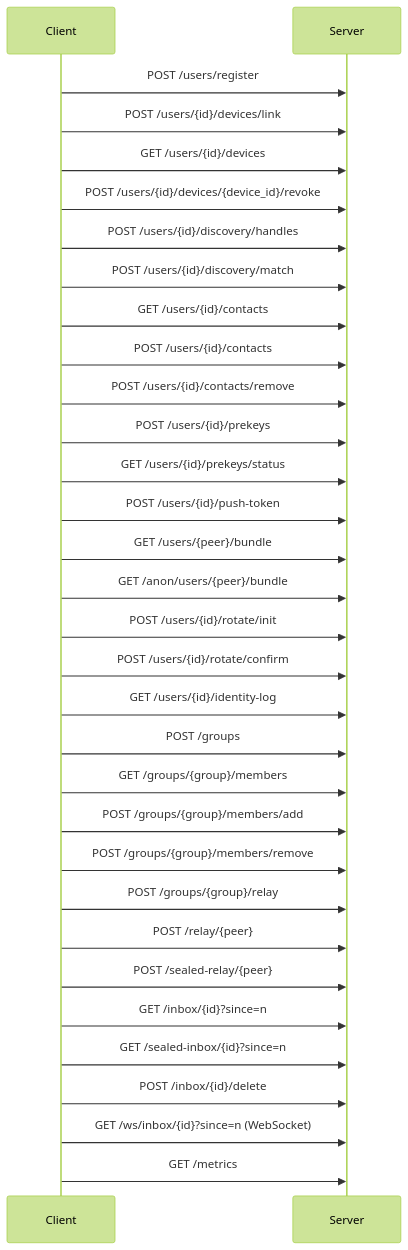
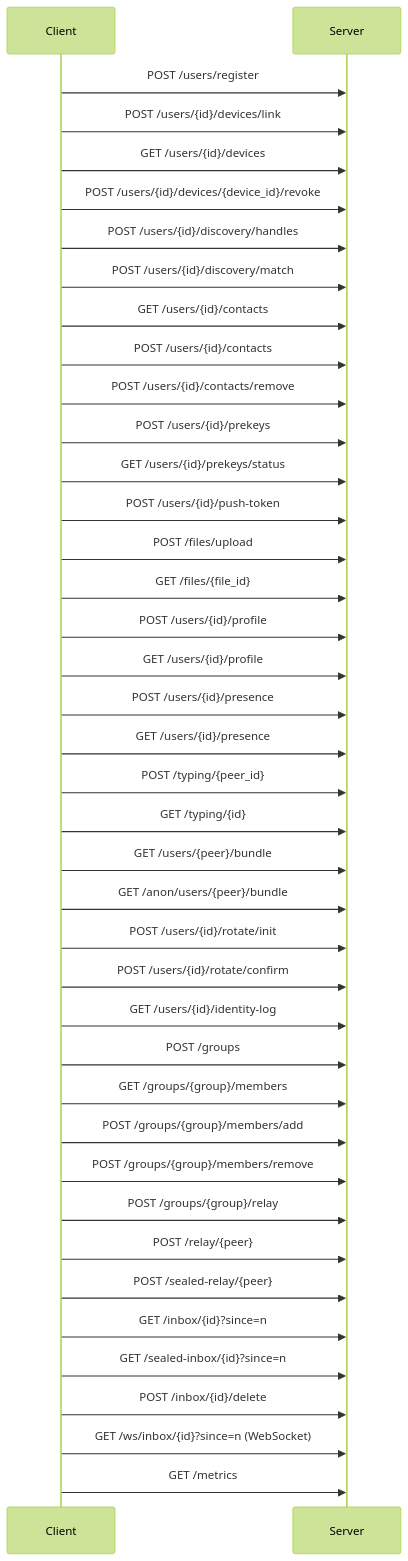
One commit to ErenAri/post-quantum-messaging-app changed the first of 2 diagrams in docs/API.md. Above: the diagram before and after it, drawn with Mermaid (forest theme). The commit also changed other lines of this file and 71 other files, not shown here.

````diff
--- a/docs/API.md
+++ b/docs/API.md
@@ -14,34 +14,42 @@
 ```mermaid
 sequenceDiagram
     participant C as Client
     participant S as Server
     C->>S: POST /users/register
     C->>S: POST /users/{id}/devices/link
     C->>S: GET /users/{id}/devices
     C->>S: POST /users/{id}/devices/{device_id}/revoke
     C->>S: POST /users/{id}/discovery/handles
     C->>S: POST /users/{id}/discovery/match
     C->>S: GET /users/{id}/contacts
     C->>S: POST /users/{id}/contacts
     C->>S: POST /users/{id}/contacts/remove
     C->>S: POST /users/{id}/prekeys
     C->>S: GET /users/{id}/prekeys/status
     C->>S: POST /users/{id}/push-token
+    C->>S: POST /files/upload
+    C->>S: GET /files/{file_id}
+    C->>S: POST /users/{id}/profile
+    C->>S: GET /users/{id}/profile
+    C->>S: POST /users/{id}/presence
+    C->>S: GET /users/{id}/presence
+    C->>S: POST /typing/{peer_id}
+    C->>S: GET /typing/{id}
     C->>S: GET /users/{peer}/bundle
     C->>S: GET /anon/users/{peer}/bundle
     C->>S: POST /users/{id}/rotate/init
     C->>S: POST /users/{id}/rotate/confirm
     C->>S: GET /users/{id}/identity-log
     C->>S: POST /groups
     C->>S: GET /groups/{group}/members
     C->>S: POST /groups/{group}/members/add
     C->>S: POST /groups/{group}/members/remove
     C->>S: POST /groups/{group}/relay
     C->>S: POST /relay/{peer}
     C->>S: POST /sealed-relay/{peer}
     C->>S: GET /inbox/{id}?since=n
     C->>S: GET /sealed-inbox/{id}?since=n
     C->>S: POST /inbox/{id}/delete
     C->>S: GET /ws/inbox/{id}?since=n (WebSocket)
     C->>S: GET /metrics
 ```
````
